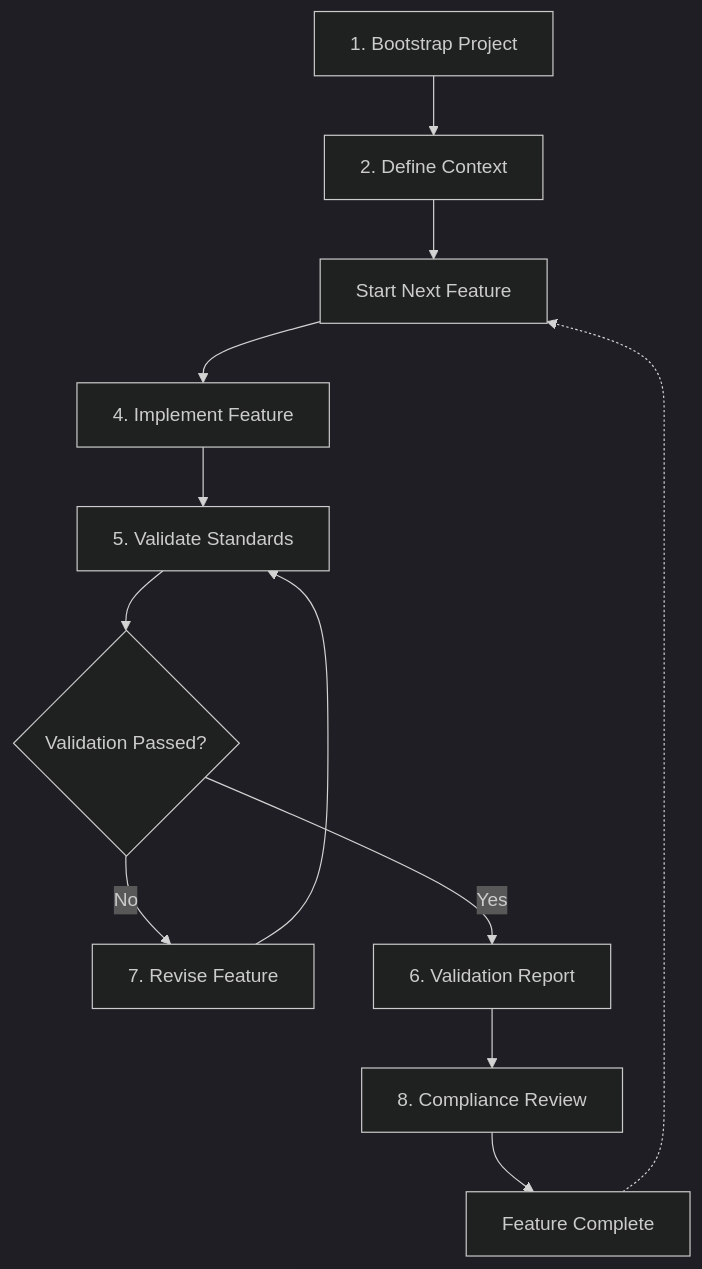
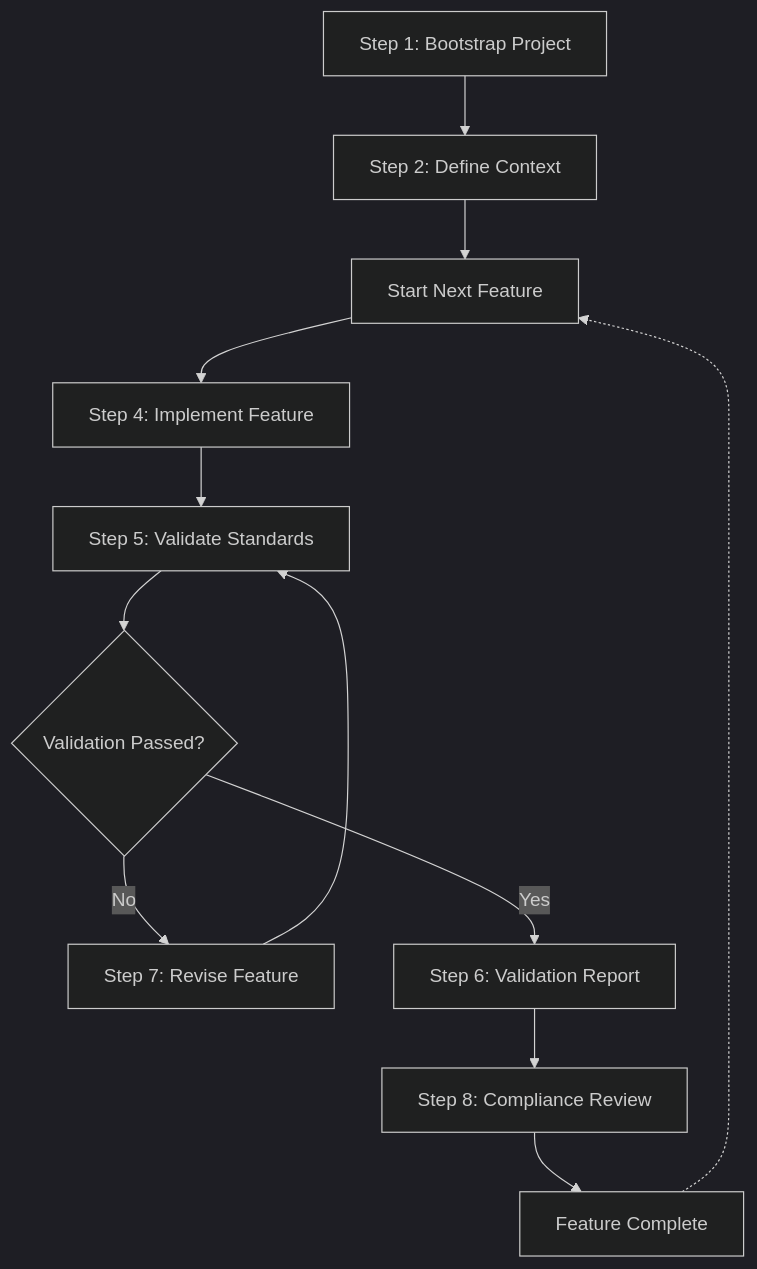
One commit to andrewhopper/dotai changed the diagram in readme.md. Above: the diagram before and after it, drawn with Mermaid (dark theme). The commit also changed other lines of this file, not shown here.

````diff
--- a/readme.md
+++ b/readme.md
@@ -17,14 +17,14 @@
 ```mermaid
 flowchart TD
-    A[1. Bootstrap Project] --> B[2. Define Context]
-    B --> C[3. Document Feature]
-    C --> D[4. Implement Feature]
-    D --> E[5. Validate Standards]
+    A[Step 1: Bootstrap Project] --> B[Step 2: Define Context]
+    B --> C[Step 3: Document Feature]
+    C --> D[Step 4: Implement Feature]
+    D --> E[Step 5: Validate Standards]
     E --> F{Validation Passed?}
-    F -->|No| G[7. Revise Feature]
+    F -->|No| G[Step 7: Revise Feature]
     G --> E
-    F -->|Yes| H[6. Validation Report]
-    H --> I[8. Compliance Review]
+    F -->|Yes| H[Step 6: Validation Report]
+    H --> I[Step 8: Compliance Review]
     I --> J[Feature Complete]
     J -.-> C[Start Next Feature]
 ```
````
